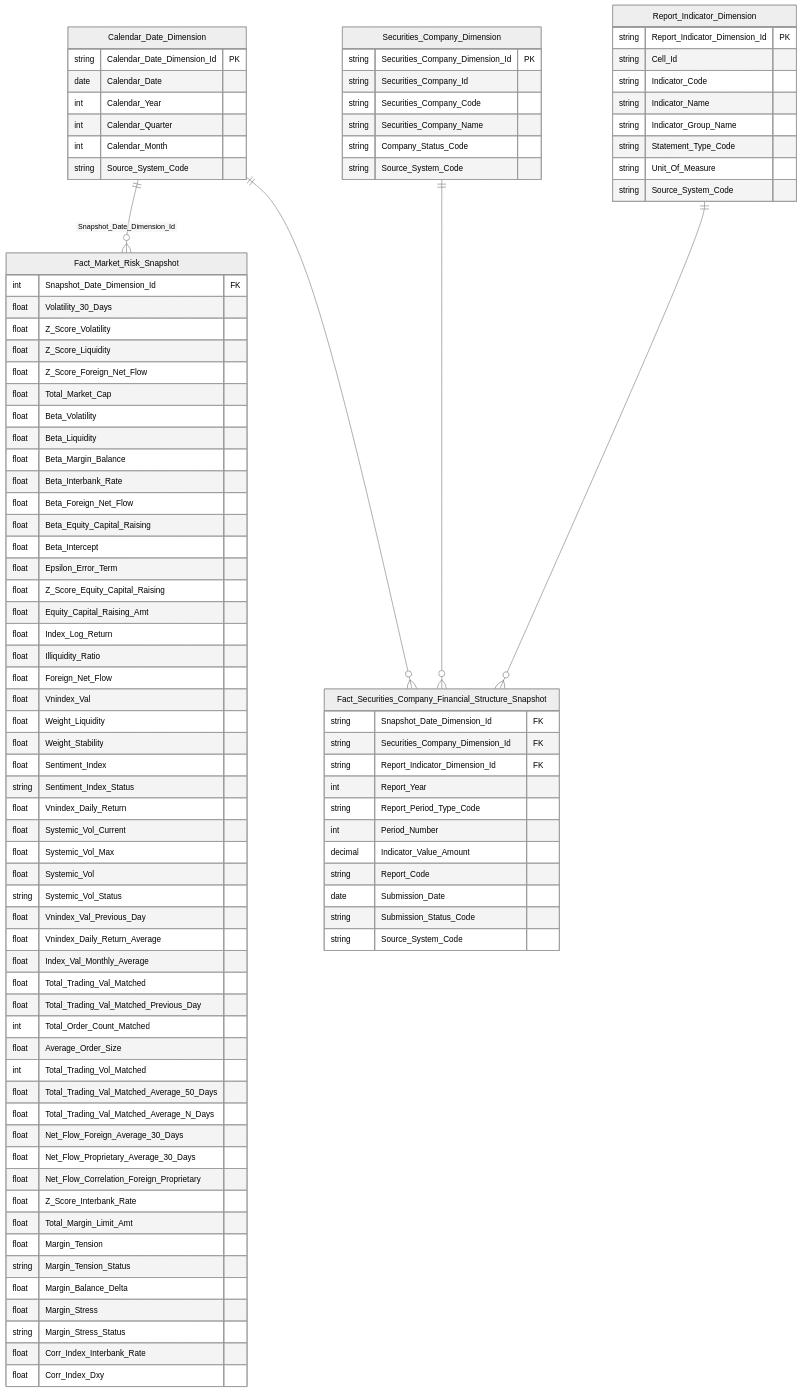
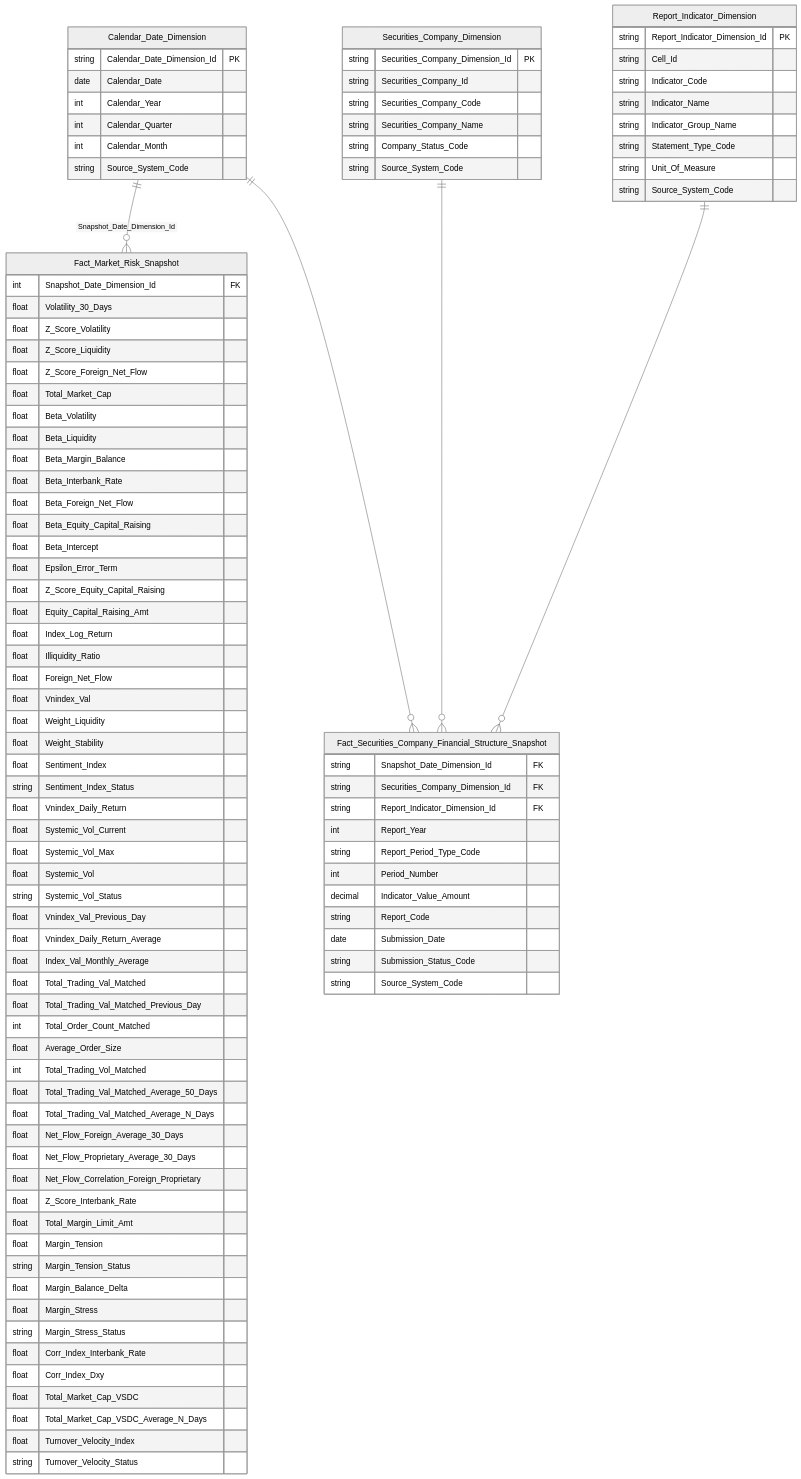
Diagram 29 of 60 in Datamart/hld/DTM_PTTT_HLD.md (linhlvit/ubck_atomic_design), drawn with Mermaid (neutral theme) before and after one commit. The commit also changed other lines of this file and 24 other files, not shown here.

```diff
--- a/Datamart/hld/DTM_PTTT_HLD.md
+++ b/Datamart/hld/DTM_PTTT_HLD.md
@@ -1709,6 +1741,10 @@
         string Margin_Stress_Status
         float Corr_Index_Interbank_Rate
         float Corr_Index_Dxy
+        float Total_Market_Cap_VSDC
+        float Total_Market_Cap_VSDC_Average_N_Days
+        float Turnover_Velocity_Index
+        string Turnover_Velocity_Status
     }
     Calendar_Date_Dimension {
         string Calendar_Date_Dimension_Id PK
```
